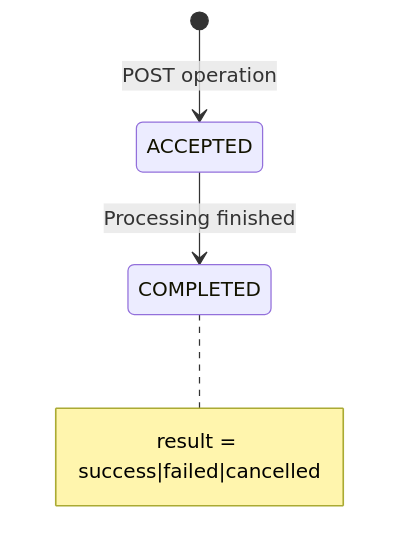
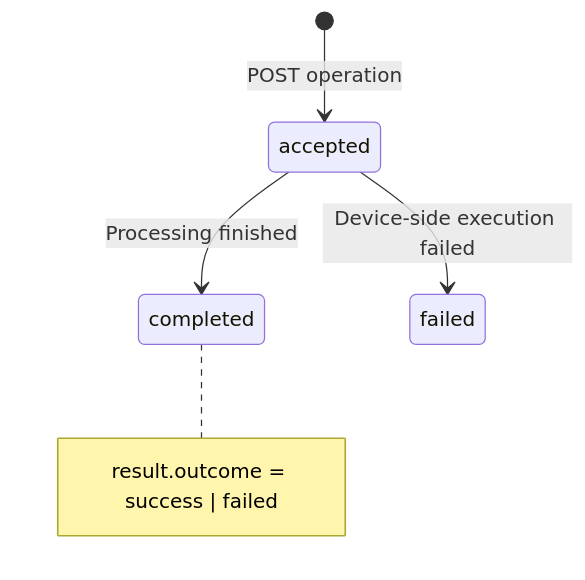
Before and after one commit to camaraproject/IoTDeviceManagement: the fourth of 4 diagrams in documentation/API_documentation/eSIM-Profile-Management_GeneralDescription.md, drawn with Mermaid. The commit also changed other lines of this file and 1 other file, not shown here.

````diff
--- a/documentation/API_documentation/eSIM-Profile-Management_GeneralDescription.md
+++ b/documentation/API_documentation/eSIM-Profile-Management_GeneralDescription.md
@@ -157,6 +142,7 @@
 ```mermaid
 stateDiagram-v2
-    [*] --> ACCEPTED: POST operation
-    ACCEPTED --> COMPLETED: Processing finished
-    note right of COMPLETED: result = success|failed|cancelled
+    [*] --> accepted: POST operation
+    accepted --> completed: Processing finished
+    accepted --> failed: Device-side execution failed
+    note right of completed: result.outcome = success | failed
 ```
````
